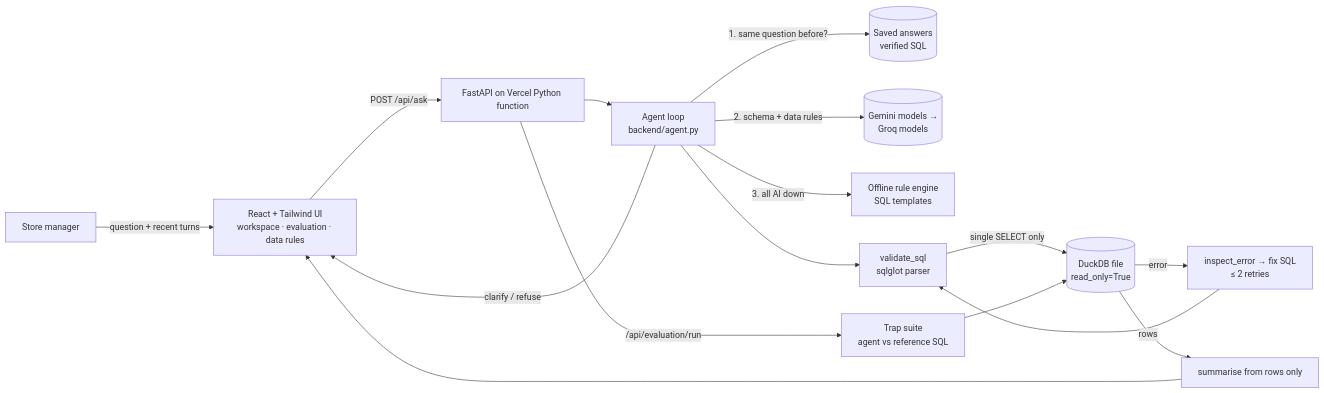
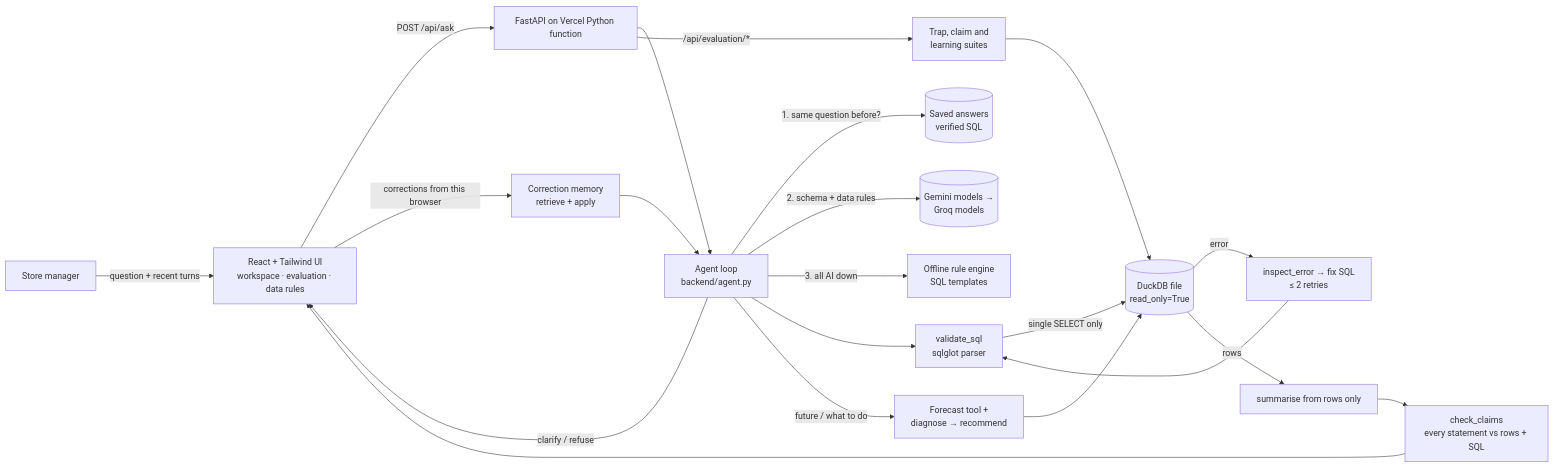
The diagram in README.md (Naman080706/DataDukaan), drawn with Mermaid before and after one commit. The commit also changed other lines of this file, not shown here.

Commit message:
README: forecasting and action layer, evidence check, correction memory, failure taxonomy, claim and learning suites, new pages and endpoints

````diff
--- a/README.md
+++ b/README.md
@@ -62,18 +122,23 @@
 ```mermaid
 flowchart LR
     U[Store manager] -->|question + recent turns| FE[React + Tailwind UI<br/>workspace · evaluation · data rules]
     FE -->|POST /api/ask| API[FastAPI on Vercel Python function]
     API --> AG[Agent loop<br/>backend/agent.py]
     AG -->|1. same question before?| SA[(Saved answers<br/>verified SQL)]
     AG -->|2. schema + data rules| LLM[(Gemini models →<br/>Groq models)]
     AG -->|3. all AI down| OFF[Offline rule engine<br/>SQL templates]
     AG -->|clarify / refuse| FE
     AG --> V[validate_sql<br/>sqlglot parser]
     V -->|single SELECT only| DB[(DuckDB file<br/>read_only=True)]
     DB -->|error| IE[inspect_error → fix SQL<br/>≤ 2 retries]
     IE --> V
     DB -->|rows| SUM[summarise from rows only]
-    SUM --> FE
-    API -->|/api/evaluation/run| EV[Trap suite<br/>agent vs reference SQL]
+    SUM --> CC[check_claims<br/>every statement vs rows + SQL]
+    CC --> FE
+    FE -->|corrections from this browser| MEM[Correction memory<br/>retrieve + apply]
+    MEM --> AG
+    AG -->|future / what to do| FC[Forecast tool +<br/>diagnose → recommend]
+    FC --> DB
+    API -->|/api/evaluation/*| EV[Trap, claim and<br/>learning suites]
     EV --> DB
 ```
````
